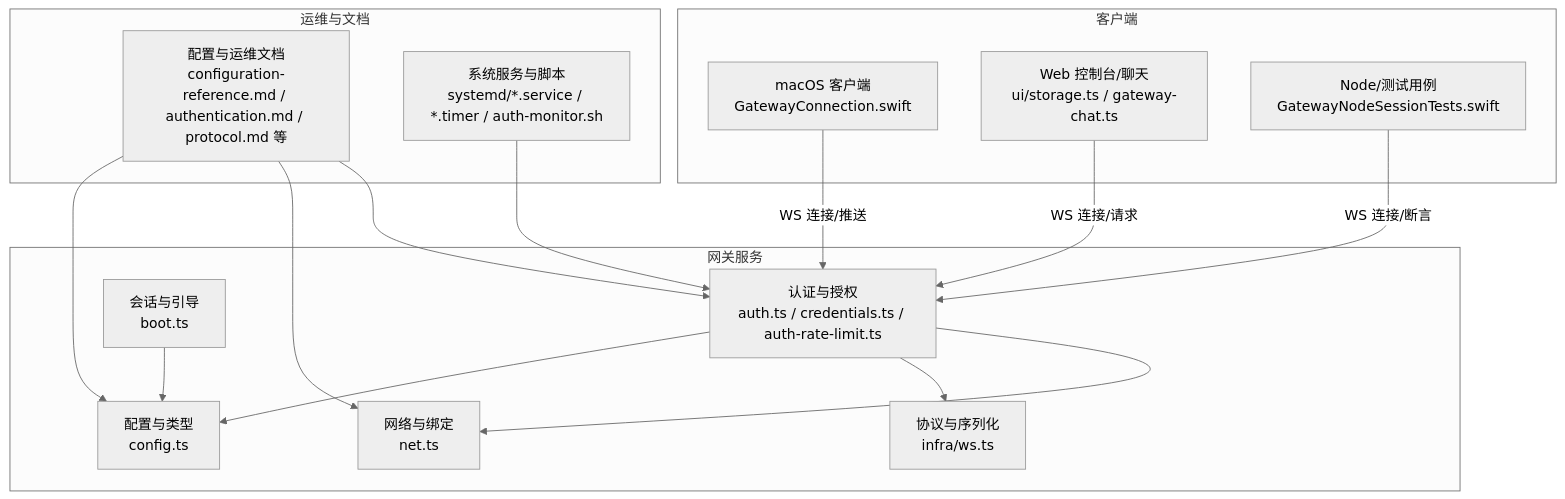
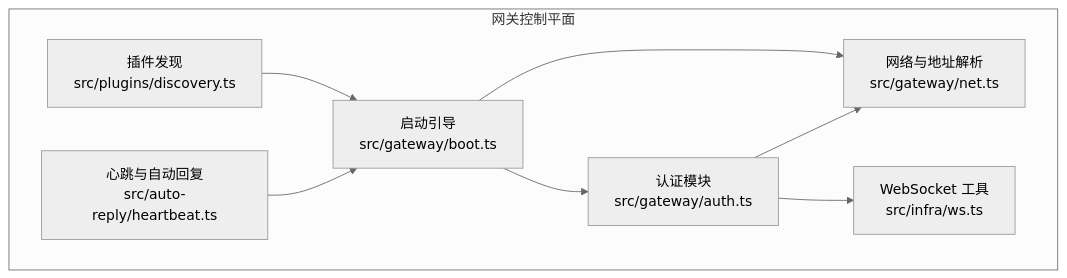
One commit to botx-work/OpenClaw-Internals changed the first of 7 diagrams in repowiki/zh/content/网关系统/网关系统.md. Above: the diagram before and after it, drawn with Mermaid (neutral theme). The commit also changed other lines of this file and 542 other files, not shown here.

````diff
--- a/repowiki/zh/content/网关系统/网关系统.md
+++ b/repowiki/zh/content/网关系统/网关系统.md
@@ -59,30 +31,17 @@
 ```mermaid
 graph TB
-subgraph "网关服务"
-A["认证与授权<br/>auth.ts / credentials.ts / auth-rate-limit.ts"]
-B["网络与绑定<br/>net.ts"]
-C["协议与序列化<br/>infra/ws.ts"]
-D["会话与引导<br/>boot.ts"]
-E["配置与类型<br/>config.ts"]
+subgraph "网关控制平面"
+A["认证模块<br/>src/gateway/auth.ts"]
+B["网络与地址解析<br/>src/gateway/net.ts"]
+C["WebSocket 工具<br/>src/infra/ws.ts"]
+D["启动引导<br/>src/gateway/boot.ts"]
+E["心跳与自动回复<br/>src/auto-reply/heartbeat.ts"]
+F["插件发现<br/>src/plugins/discovery.ts"]
 end
-subgraph "客户端"
-M["macOS 客户端<br/>GatewayConnection.swift"]
-W["Web 控制台/聊天<br/>ui/storage.ts / gateway-chat.ts"]
-N["Node/测试用例<br/>GatewayNodeSessionTests.swift"]
-end
-subgraph "运维与文档"
-DOC["配置与运维文档<br/>configuration-reference.md / authentication.md / protocol.md 等"]
-SYS["系统服务与脚本<br/>systemd/*.service / *.timer / auth-monitor.sh"]
-end
-M --> |"WS 连接/推送"| A
-W --> |"WS 连接/请求"| A
-N --> |"WS 连接/断言"| A
 A --> B
 A --> C
-A --> E
-D --> E
-DOC --> A
-DOC --> B
-DOC --> E
-SYS --> A
+D --> A
+D --> B
+E --> D
+F --> D
 ```
````
